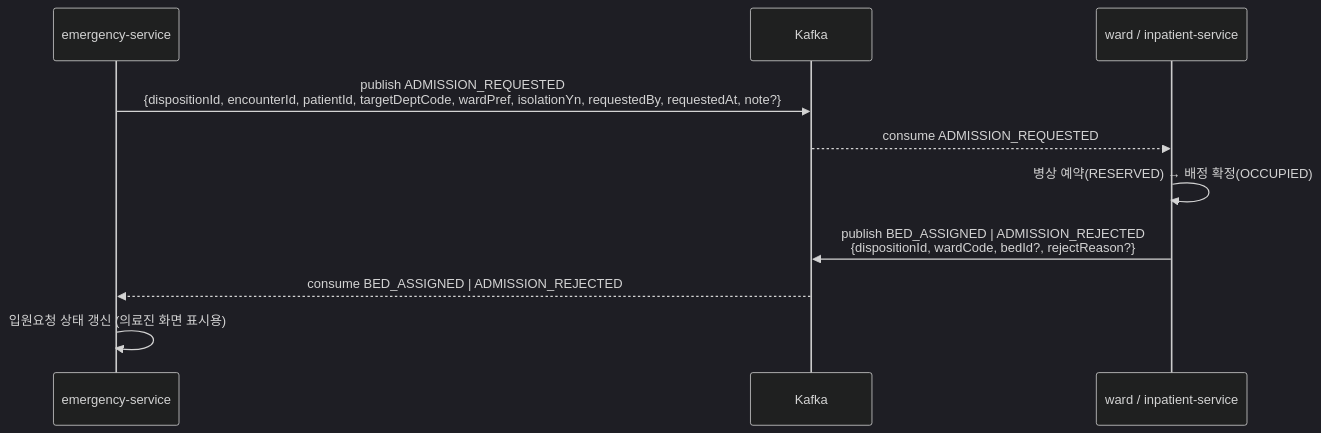
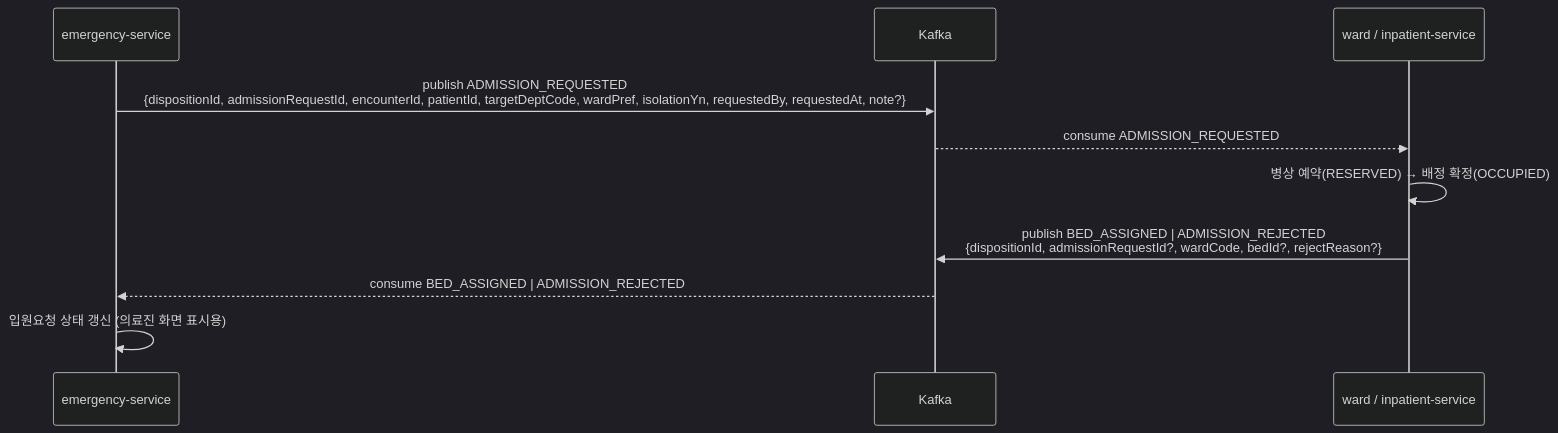
Before and after one commit to SEOUL-IT-HIS/emergency-service: the seventh of 8 diagrams in docs/flow.md, drawn with Mermaid (dark theme). The commit also changed other lines of this file, not shown here.

Commit message:
UD2-40 1. flow.md에 병동팀 합의 내용 반영 - 이번 범위(처음 배정 회신만, 취소·병상 변경 이벤트 없음), 화면 병동은 회신 wardCode 기준, 재요청 시 dispositionId 동일·admissionRequestId로 구분, 서버 중단 시 처리 방식 기능수정

````diff
--- a/docs/flow.md
+++ b/docs/flow.md
@@ -161,13 +161,13 @@
 ```mermaid
 sequenceDiagram
   participant EMG as emergency-service
   participant Kafka as Kafka
   participant IPT as ward / inpatient-service
 
-  EMG->>Kafka: publish ADMISSION_REQUESTED<br/>{dispositionId, encounterId, patientId, targetDeptCode, wardPref, isolationYn, requestedBy, requestedAt, note?}
+  EMG->>Kafka: publish ADMISSION_REQUESTED<br/>{dispositionId, admissionRequestId, encounterId, patientId, targetDeptCode, wardPref, isolationYn, requestedBy, requestedAt, note?}
   Kafka-->>IPT: consume ADMISSION_REQUESTED
   IPT->>IPT: 병상 예약(RESERVED) → 배정 확정(OCCUPIED)
-  IPT->>Kafka: publish BED_ASSIGNED | ADMISSION_REJECTED<br/>{dispositionId, wardCode, bedId?, rejectReason?}
+  IPT->>Kafka: publish BED_ASSIGNED | ADMISSION_REJECTED<br/>{dispositionId, admissionRequestId?, wardCode, bedId?, rejectReason?}
   Kafka-->>EMG: consume BED_ASSIGNED | ADMISSION_REJECTED
   EMG->>EMG: 입원요청 상태 갱신 (의료진 화면 표시용)
 ```
````
